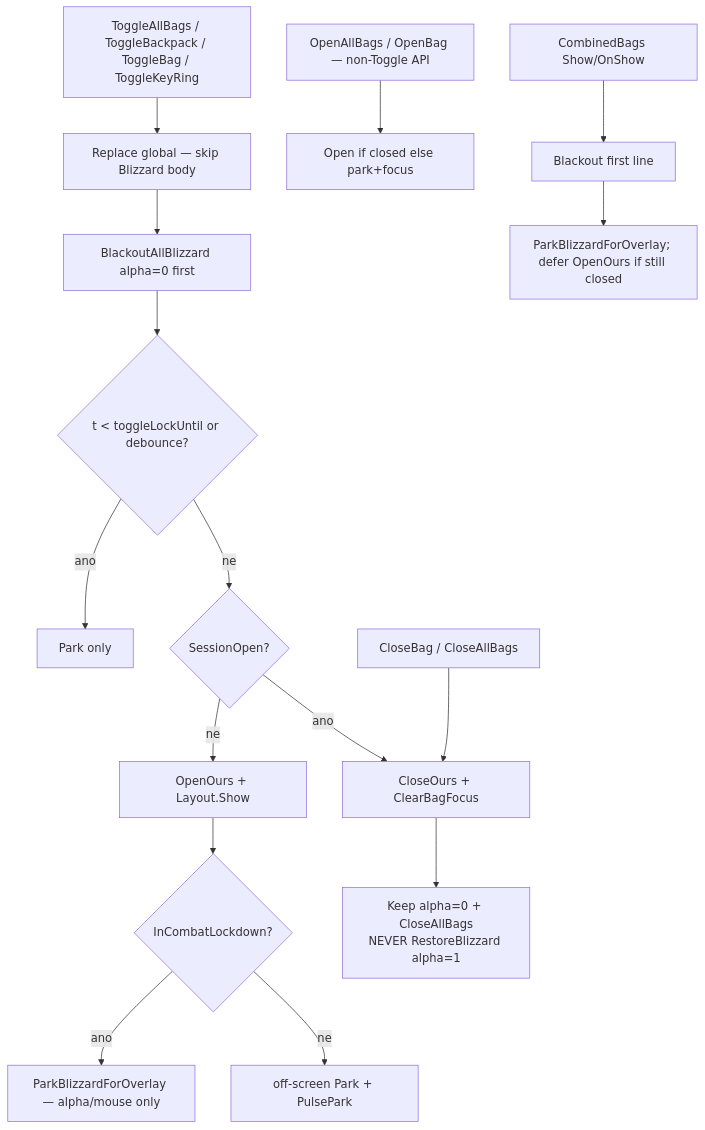
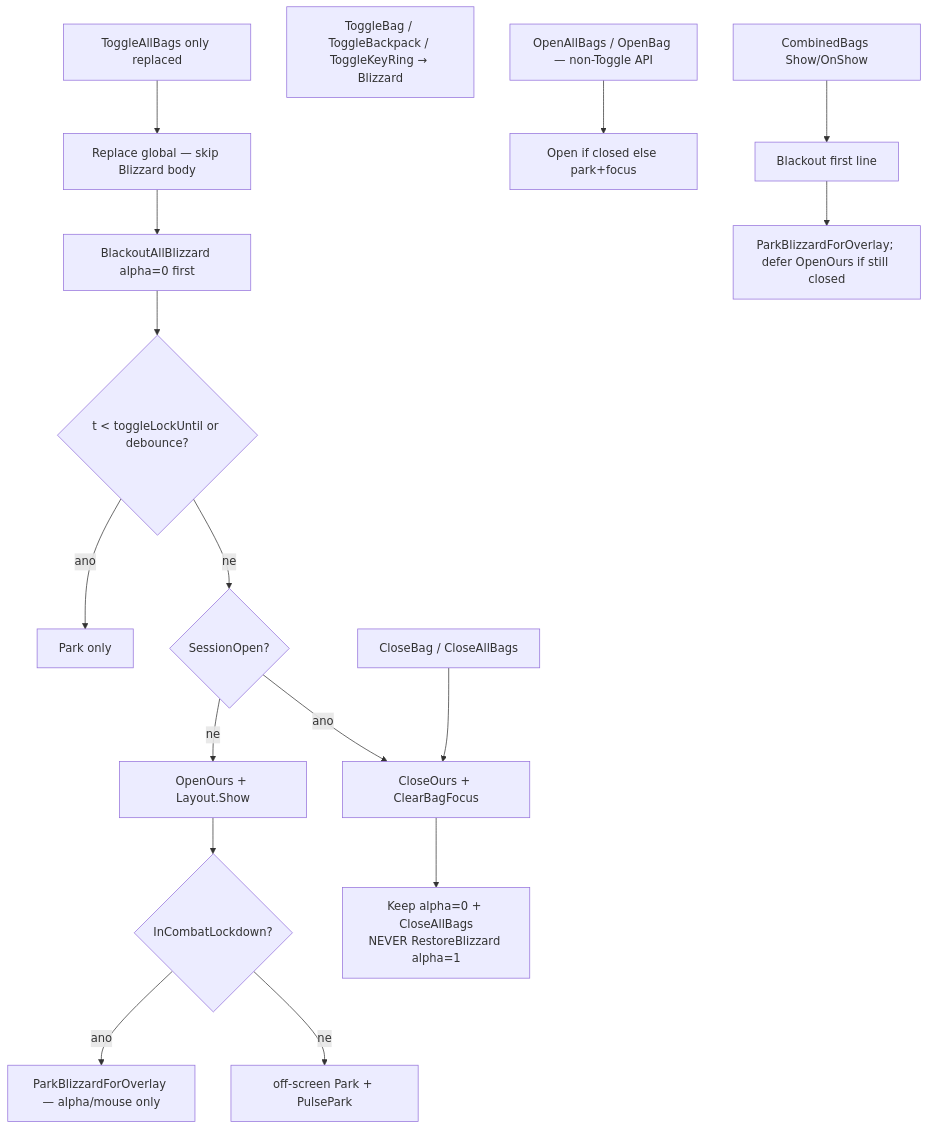
One commit to sirTurbisCZ/wow-forever-addons changed the first of 7 diagrams in addons/BetterBackpack/Docs/loops.md. Above: the diagram before and after it, drawn with Mermaid. The commit also changed other lines of this file and 5 other files, not shown here.

First line of the commit message:
BetterBackpack 0.5.38: only ToggleAllBags replaced; restore Blizzard bar

````diff
--- a/addons/BetterBackpack/Docs/loops.md
+++ b/addons/BetterBackpack/Docs/loops.md
@@ -12,19 +12,20 @@
 ```mermaid
 flowchart TD
-  B[ToggleAllBags / ToggleBackpack / ToggleBag / ToggleKeyRing]
+  B[ToggleAllBags only replaced]
+  Bar[ToggleBag / ToggleBackpack / ToggleKeyRing → Blizzard]
   B --> Rep[Replace global — skip Blizzard body]
   Rep --> Black[BlackoutAllBlizzard alpha=0 first]
   Black --> Lock{t < toggleLockUntil or debounce?}
   Lock -->|ano| Pulse[Park only]
   Lock -->|ne| Vis{SessionOpen?}
   Vis -->|ne| Open[OpenOurs + Layout.Show]
   Open --> ParkMode{InCombatLockdown?}
   ParkMode -->|ano| AlphaOnly[ParkBlizzardForOverlay — alpha/mouse only]
   ParkMode -->|ne| OffPark[off-screen Park + PulsePark]
   Vis -->|ano| Close[CloseOurs + ClearBagFocus]
   Close --> Keep0[Keep alpha=0 + CloseAllBags<br/>NEVER RestoreBlizzard alpha=1]
   OpenOnly[OpenAllBags / OpenBag — non-Toggle API] --> OpenOrPark[Open if closed else park+focus]
   CloseAPI[CloseBag / CloseAllBags] --> Close
   OnShow[CombinedBags Show/OnShow] --> BO[Blackout first line]
   BO --> Park[ParkBlizzardForOverlay; defer OpenOurs if still closed]
 ```
````
